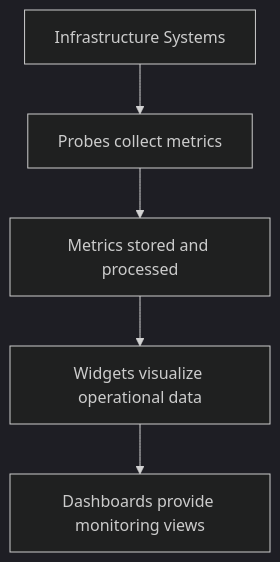
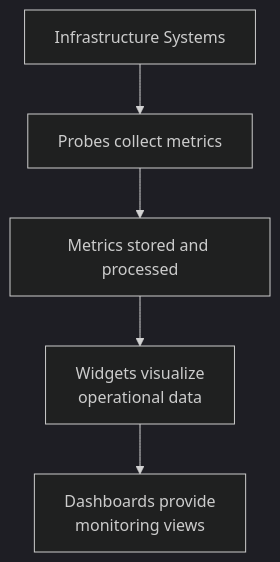
Before and after one commit to xautomata/User-Interface-Manual: the fourth of 5 diagrams in docs/system_overview.md, drawn with Mermaid (dark theme). The commit also changed other lines of this file and 9 other files, not shown here.

````diff
--- a/docs/system_overview.md
+++ b/docs/system_overview.md
@@ -196,14 +196,14 @@
 ```mermaid
 flowchart TD
 
 IS[Infrastructure Systems]
 P[Probes collect metrics]
 M[Metrics stored and processed]
-W[Widgets visualize operational data]
-D[Dashboards provide monitoring views]
+W[Widgets visualize<br>operational data]
+D[Dashboards provide<br>monitoring views]
 
 IS --> P
 P --> M
 M --> W
 W --> D
 ```
````
